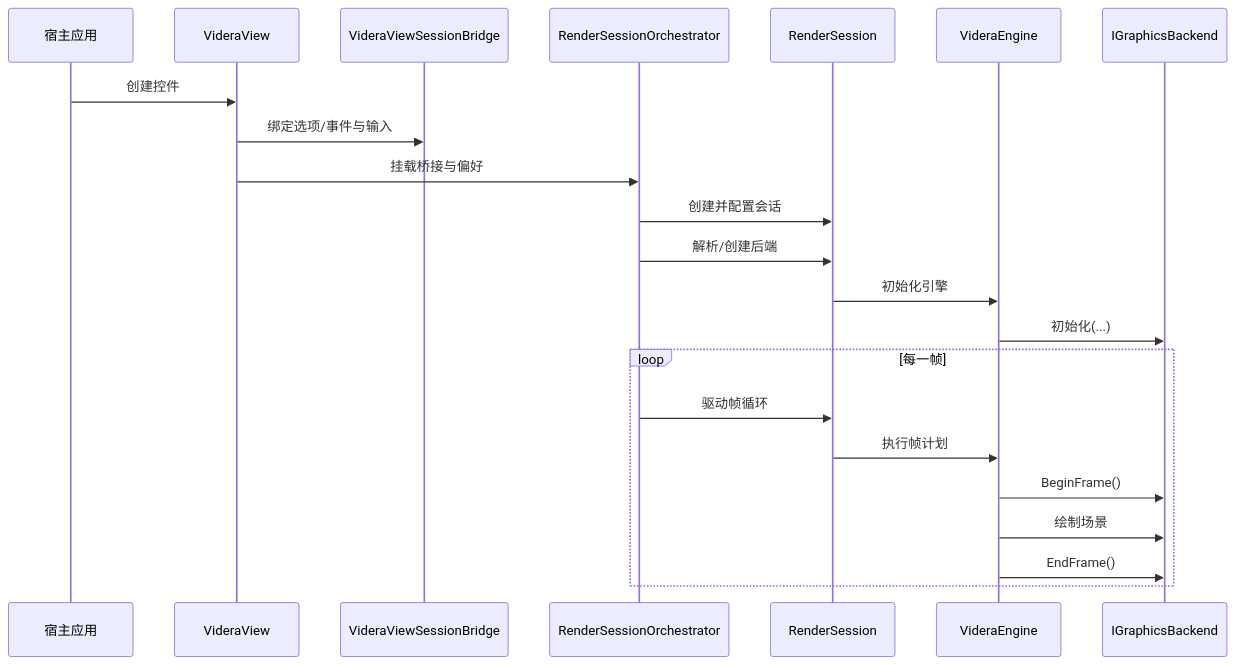
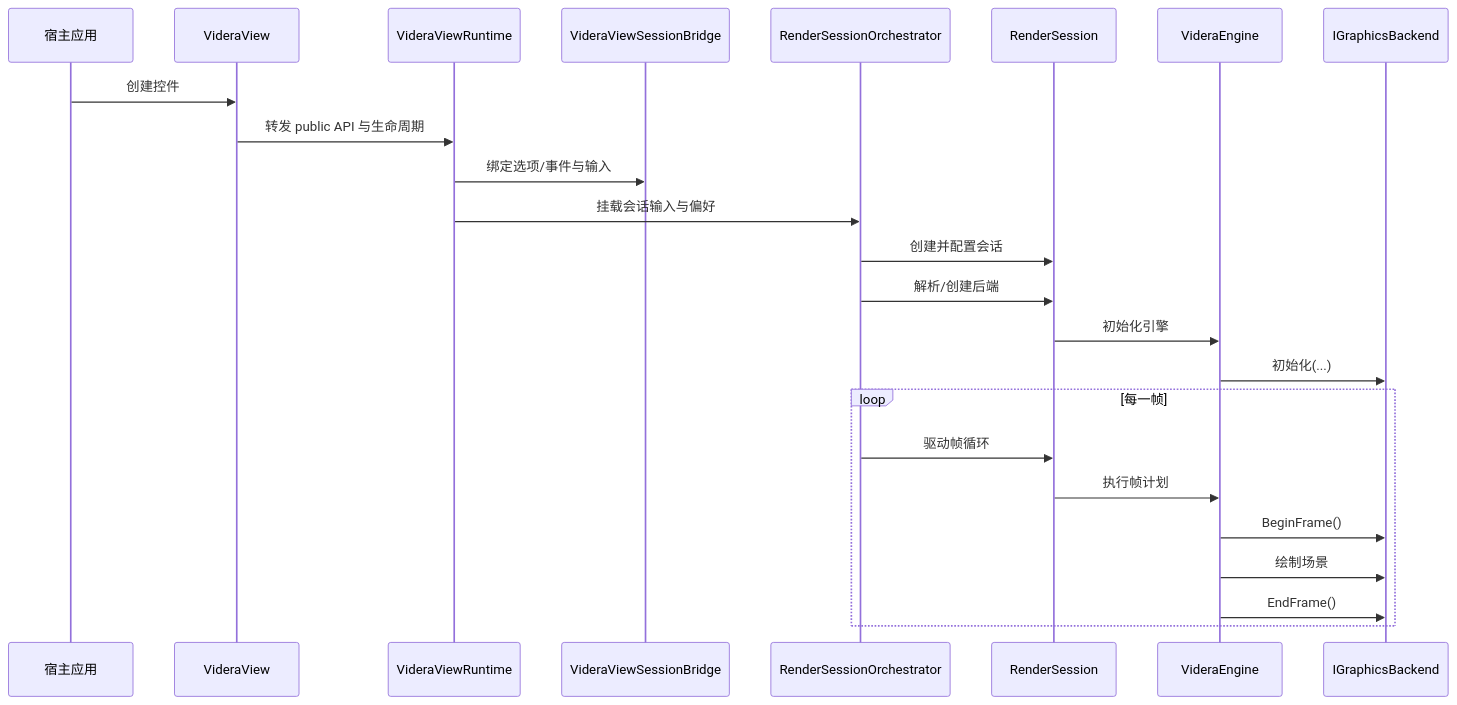
One commit to ExplodingUFO/Videra changed the diagram in docs/zh-CN/ARCHITECTURE.md. Above: the diagram before and after it, drawn with Mermaid. The commit also changed other lines of this file and 52 other files, not shown here.

Commit message:
feat(view): ship v1.5 runtime thinning and orchestration

````diff
--- a/docs/zh-CN/ARCHITECTURE.md
+++ b/docs/zh-CN/ARCHITECTURE.md
@@ -27,26 +29,28 @@
 ```mermaid
 sequenceDiagram
     participant App as 宿主应用
     participant View as VideraView
+    participant Runtime as VideraViewRuntime
     participant Bridge as VideraViewSessionBridge
     participant Orchestrator as RenderSessionOrchestrator
     participant Session as RenderSession
     participant Engine as VideraEngine
     participant Backend as IGraphicsBackend
 
     App->>View: 创建控件
-    View->>Bridge: 绑定选项/事件与输入
-    View->>Orchestrator: 挂载桥接与偏好
+    View->>Runtime: 转发 public API 与生命周期
+    Runtime->>Bridge: 绑定选项/事件与输入
+    Runtime->>Orchestrator: 挂载会话输入与偏好
     Orchestrator->>Session: 创建并配置会话
     Orchestrator->>Session: 解析/创建后端
     Session->>Engine: 初始化引擎
     Engine->>Backend: 初始化(...)
 
     loop 每一帧
         Orchestrator->>Session: 驱动帧循环
         Session->>Engine: 执行帧计划
         Engine->>Backend: BeginFrame()
         Engine->>Backend: 绘制场景
         Engine->>Backend: EndFrame()
     end
 ```
````
